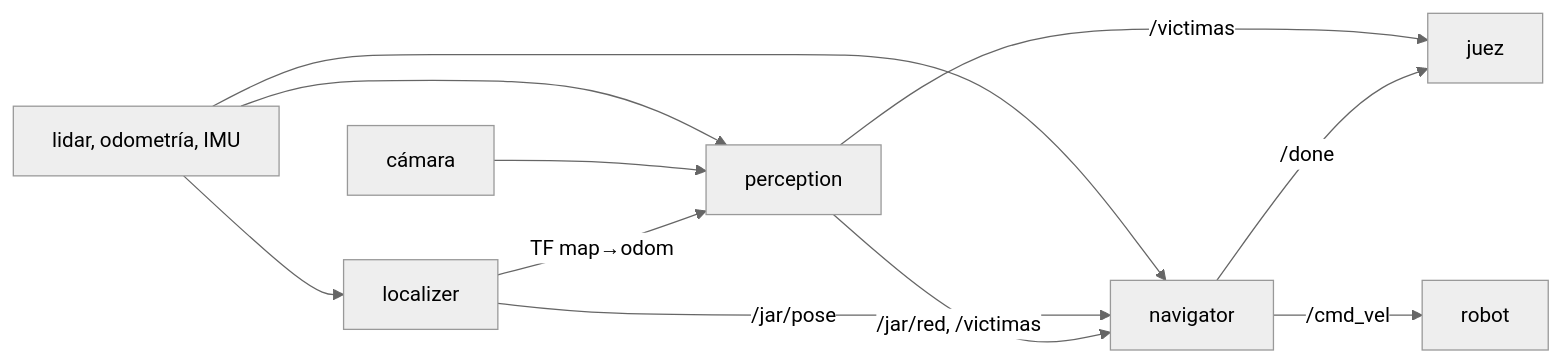
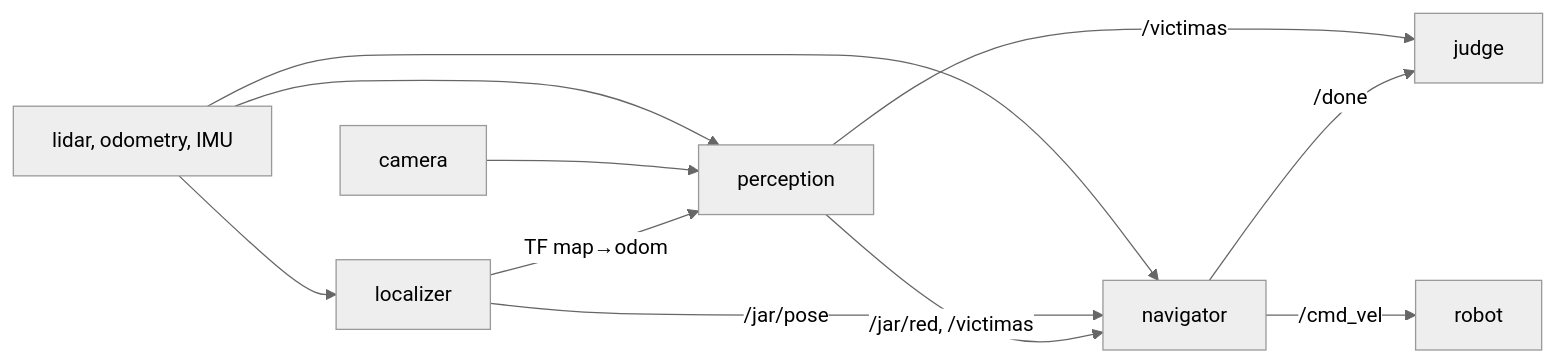
The diagram in README.md (BarralMaximo/fierro-rescue-robot), drawn with Mermaid (neutral theme) before and after one commit. The commit also changed other lines of this file, not shown here.

````diff
--- a/README.md
+++ b/README.md
@@ -54,13 +101,13 @@
 ```mermaid
 flowchart LR
-    sensores["lidar, odometría, IMU"] --> localizer
-    sensores --> perception
-    sensores --> navigator
-    camara["cámara"] --> perception
+    sensors["lidar, odometry, IMU"] --> localizer
+    sensors --> perception
+    sensors --> navigator
+    camera["camera"] --> perception
     localizer -->|"TF map→odom"| perception
     localizer -->|"/jar/pose"| navigator
     perception -->|"/jar/red, /victimas"| navigator
-    perception -->|"/victimas"| juez["juez"]
-    navigator -->|"/done"| juez
+    perception -->|"/victimas"| judge["judge"]
+    navigator -->|"/done"| judge
     navigator -->|"/cmd_vel"| robot["robot"]
 ```
````
